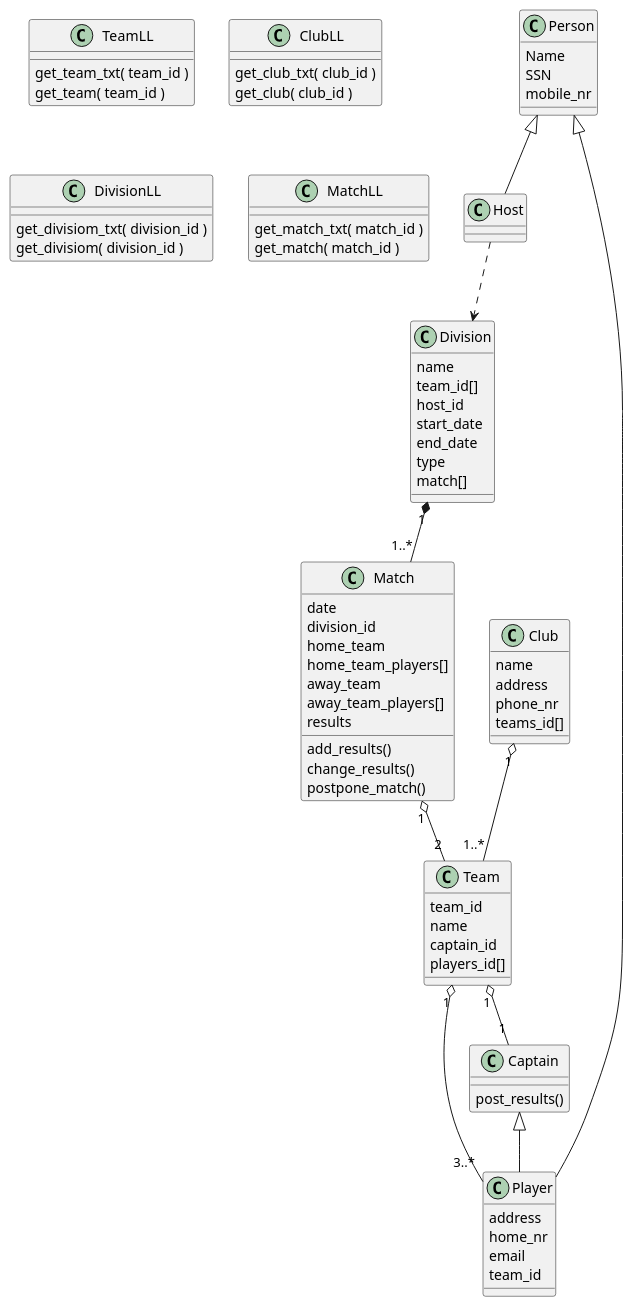
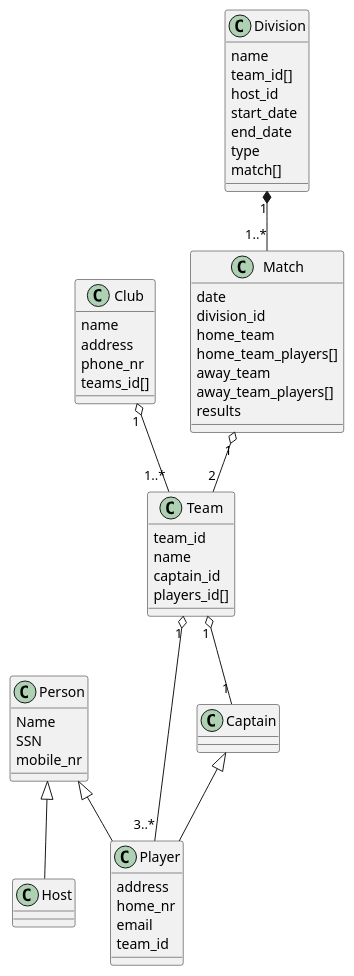
The diagram in Hönnun/ClassDiagram/classdiagram.puml (StankWizardLizard/VNL1-2022-HOPUR-28), drawn with PlantUML before and after one commit. The commit also changed 1 other file, not shown here.

Commit message:
Split clsdiagram

```diff
--- a/Hönnun/ClassDiagram/classdiagram.puml
+++ b/Hönnun/ClassDiagram/classdiagram.puml
@@ -1,94 +1,68 @@
 @startuml lol
 
 Person <|-- Host
 Person <|-- Player
 Captain <|-- Player
 Team "1" o-- "3..*" Player
 Team "1" o-- "1" Captain
 Club "1" o-- "1..*" Team 
 Match "1" o-- "2" Team 
 Division "1" *-- "1..*" Match  
-Host ..> Division
 
 
 class Person {
     Name
     SSN
     mobile_nr
 }
 
 class Player {
     address
     home_nr
     email
     team_id
 }
 
 class Host {
 
 }
 
 class Captain {
-    post_results()
 }
 
 class Club {
     name
     address
     phone_nr
     teams_id[]
 }
 
 class Team {
     team_id
     name
     captain_id
     players_id[]
 }
 
 class Division {
     name
     team_id[]
     host_id
     start_date
     end_date
     type
     match[]
 }
 
 class Match {
     date
     division_id
     home_team
     home_team_players[]
     away_team
     away_team_players[]
     results
-    add_results()
-    change_results()
-    postpone_match()
-}
-
-class TeamLL {
-    get_team_txt( team_id )
-    get_team( team_id )
-}
-
-class ClubLL {
-    get_club_txt( club_id )
-    get_club( club_id )
-}
-
-class DivisionLL{
-    get_divisiom_txt( division_id )
-    get_divisiom( division_id )
-}
-
-class MatchLL {
-    get_match_txt( match_id )   
-    get_match( match_id )   
 }
 
 
-
 @enduml
```
